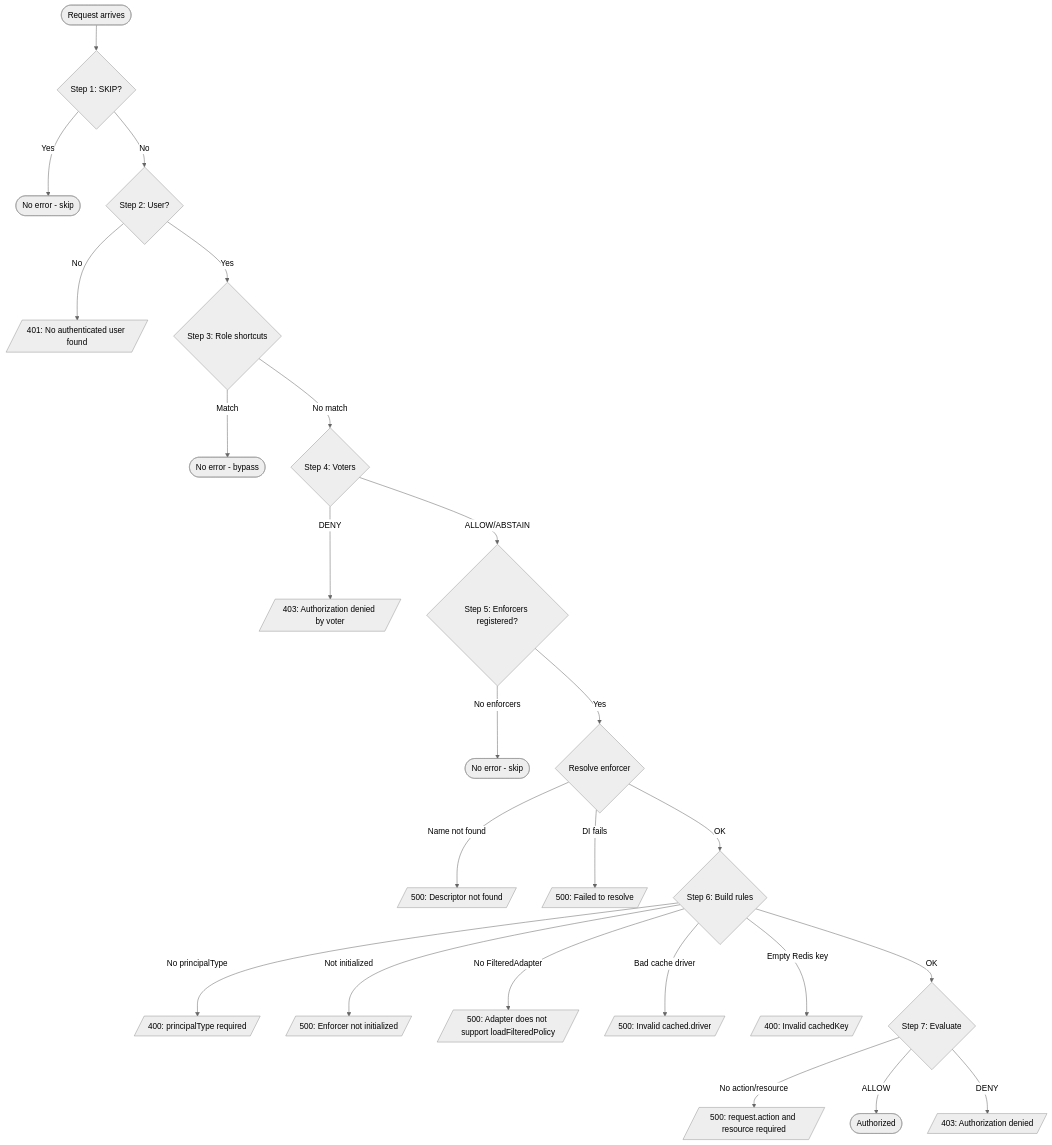
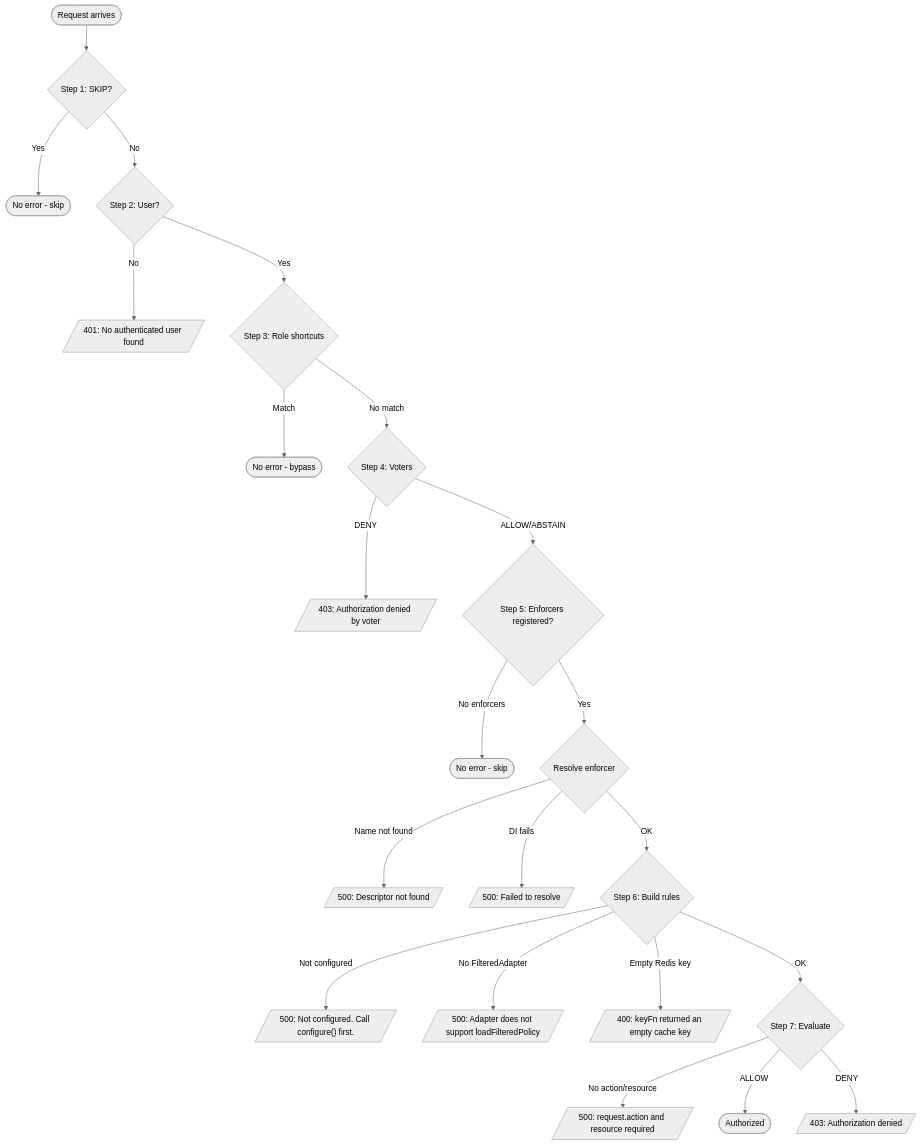
One commit to VENIZIA-AI/ignis changed the diagram in packages/docs/wiki/extensions/components/authorization/errors.md. Above: the diagram before and after it, drawn with Mermaid (neutral theme). The commit also changed other lines of this file and 62 other files, not shown here.

````diff
--- a/packages/docs/wiki/extensions/components/authorization/errors.md
+++ b/packages/docs/wiki/extensions/components/authorization/errors.md
@@ -7,29 +7,27 @@
 ```mermaid
 flowchart TD
     Req([Request arrives]) --> S1{"Step 1: SKIP?"}
     S1 -->|Yes| OK1([No error - skip])
     S1 -->|No| S2{"Step 2: User?"}
     S2 -->|No| E401[/"401: No authenticated user found"/]
     S2 -->|Yes| S3{"Step 3: Role shortcuts"}
     S3 -->|Match| OK2([No error - bypass])
     S3 -->|No match| S4{"Step 4: Voters"}
     S4 -->|DENY| E403a[/"403: Authorization denied by voter"/]
     S4 -->|ALLOW/ABSTAIN| S5{"Step 5: Enforcers registered?"}
 
     S5 -->|No enforcers| OK3([No error - skip])
     S5 -->|Yes| S5b{"Resolve enforcer"}
     S5b -->|Name not found| E500b[/"500: Descriptor not found"/]
     S5b -->|DI fails| E500c[/"500: Failed to resolve"/]
     S5b -->|OK| S6{"Step 6: Build rules"}
 
-    S6 -->|No principalType| E400a[/"400: principalType required"/]
-    S6 -->|Not initialized| E500d[/"500: Enforcer not initialized"/]
+    S6 -->|Not configured| E500d[/"500: Not configured. Call configure() first."/]
     S6 -->|No FilteredAdapter| E500e[/"500: Adapter does not support loadFilteredPolicy"/]
-    S6 -->|Bad cache driver| E500f[/"500: Invalid cached.driver"/]
-    S6 -->|Empty Redis key| E400b[/"400: Invalid cachedKey"/]
+    S6 -->|Empty Redis key| E400b[/"400: keyFn returned an empty cache key"/]
     S6 -->|OK| S7{"Step 7: Evaluate"}
 
     S7 -->|No action/resource| E500g[/"500: request.action and resource required"/]
     S7 -->|ALLOW| OK4([Authorized])
     S7 -->|DENY| E403b[/"403: Authorization denied"/]
 ```
````
